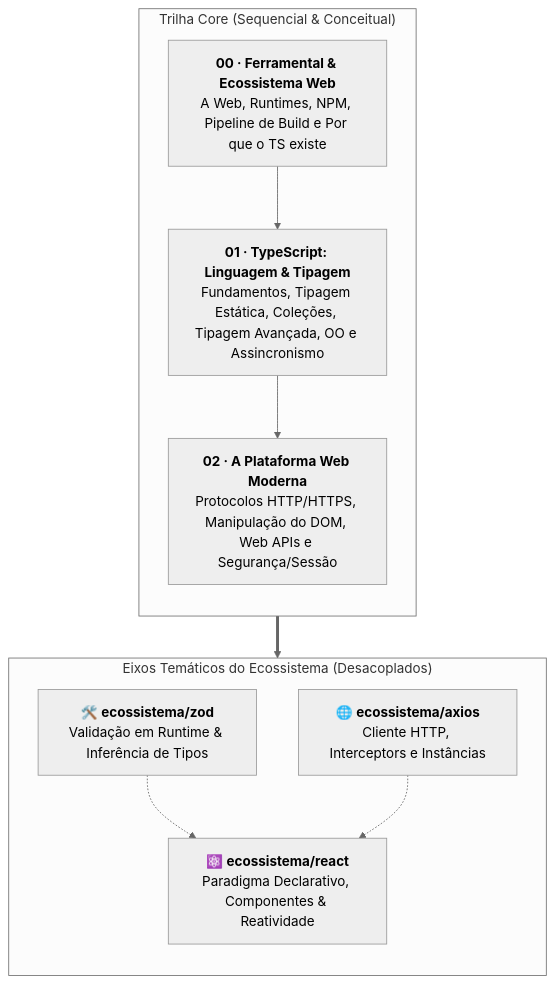
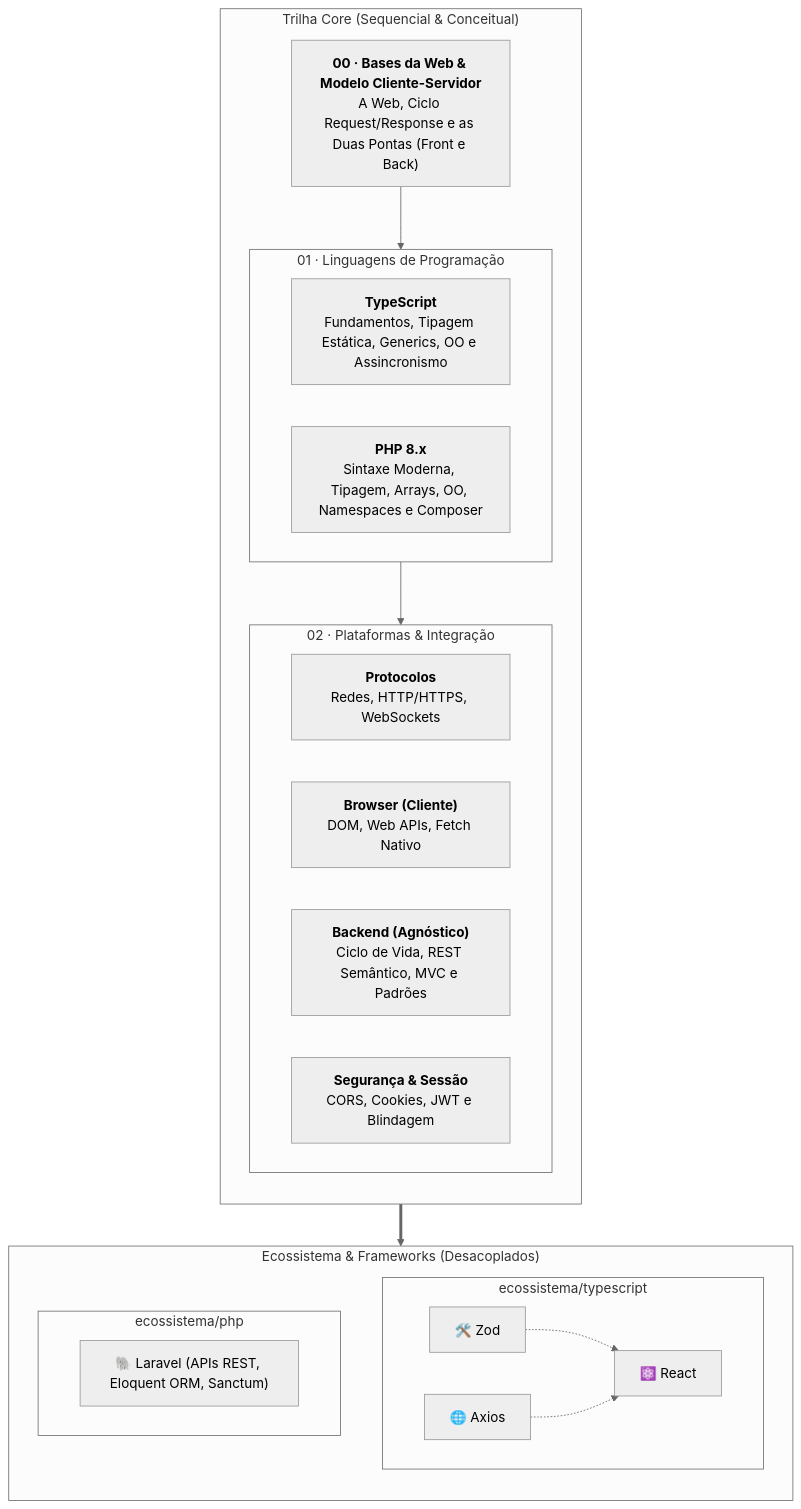
One commit to Lubrisa/fatec-curso-web changed the diagram in README.md. Above: the diagram before and after it, drawn with Mermaid (neutral theme). The commit also changed other lines of this file and 116 other files, not shown here.

Commit message:
refactor(curso): reestrutura modulos para formacao fullstack com typescript e php

````diff
--- a/README.md
+++ b/README.md
@@ -40,22 +45,39 @@
 ```mermaid
 flowchart TD
     subgraph Core ["Trilha Core (Sequencial & Conceitual)"]
         direction TB
-        M0["<b>00 · Ferramental & Ecossistema Web</b><br/>A Web, Runtimes, NPM, Pipeline de Build e Por que o TS existe"]
-        M1["<b>01 · TypeScript: Linguagem & Tipagem</b><br/>Fundamentos, Tipagem Estática, Coleções, Tipagem Avançada, OO e Assincronismo"]
-        M2["<b>02 · A Plataforma Web Moderna</b><br/>Protocolos HTTP/HTTPS, Manipulação do DOM, Web APIs e Segurança/Sessão"]
+        M0["<b>00 · Bases da Web & Modelo Cliente-Servidor</b><br/>A Web, Ciclo Request/Response e as Duas Pontas (Front e Back)"]
 
-        M0 --> M1 --> M2
+        subgraph M1 ["01 · Linguagens de Programação"]
+            M1_TS["<b>TypeScript</b><br/>Fundamentos, Tipagem Estática, Generics, OO e Assincronismo"]
+            M1_PHP["<b>PHP 8.x</b><br/>Sintaxe Moderna, Tipagem, Arrays, OO, Namespaces e Composer"]
+        end
+
+        subgraph M2 ["02 · Plataformas & Integração"]
+            M2_PROT["<b>Protocolos</b><br/>Redes, HTTP/HTTPS, WebSockets"]
+            M2_BROWSER["<b>Browser (Cliente)</b><br/>DOM, Web APIs, Fetch Nativo"]
+            M2_BACK["<b>Backend (Agnóstico)</b><br/>Ciclo de Vida, REST Semântico, MVC e Padrões"]
+            M2_SEC["<b>Segurança & Sessão</b><br/>CORS, Cookies, JWT e Blindagem"]
+        end
+
+        M0 --> M1
+        M1 --> M2
     end
 
-    subgraph Eixos ["Eixos Temáticos do Ecossistema (Desacoplados)"]
+    subgraph Eixos ["Ecossistema & Frameworks (Desacoplados)"]
         direction TB
-        ECO_ZOD["🛠️ <b>ecossistema/zod</b><br/>Validação em Runtime & Inferência de Tipos"]
-        ECO_AXIOS["🌐 <b>ecossistema/axios</b><br/>Cliente HTTP, Interceptors e Instâncias"]
-        ECO_REACT["⚛️ <b>ecossistema/react</b><br/>Paradigma Declarativo, Componentes & Reatividade"]
+        subgraph ECO_TS ["ecossistema/typescript"]
+            ECO_AXIOS["🌐 Axios"]
+            ECO_ZOD["🛠️ Zod"]
+            ECO_REACT["⚛️ React"]
+        end
+
+        subgraph ECO_PHP ["ecossistema/php"]
+            ECO_LARAVEL["🐘 Laravel (APIs REST, Eloquent ORM, Sanctum)"]
+        end
     end
 
-    Core ==> Eixos
+    M2 ==> Eixos
     ECO_ZOD -.-> ECO_REACT
     ECO_AXIOS -.-> ECO_REACT
 ```
````
